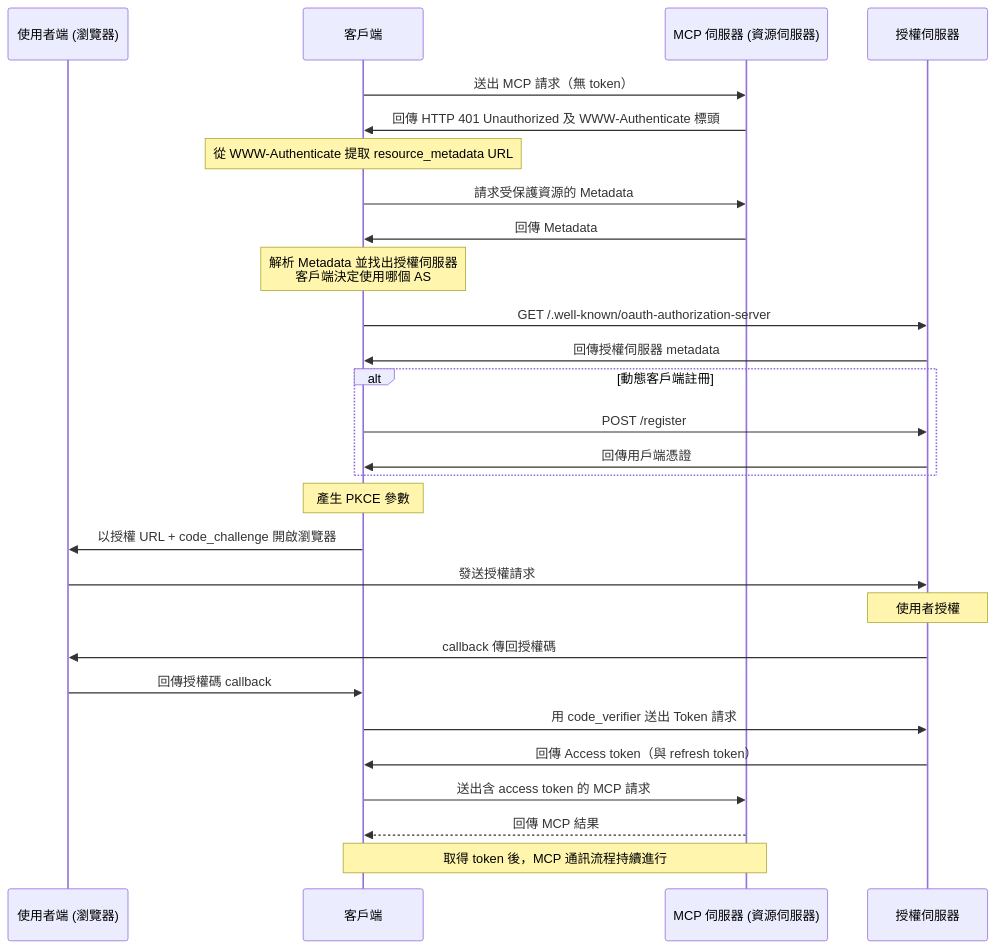
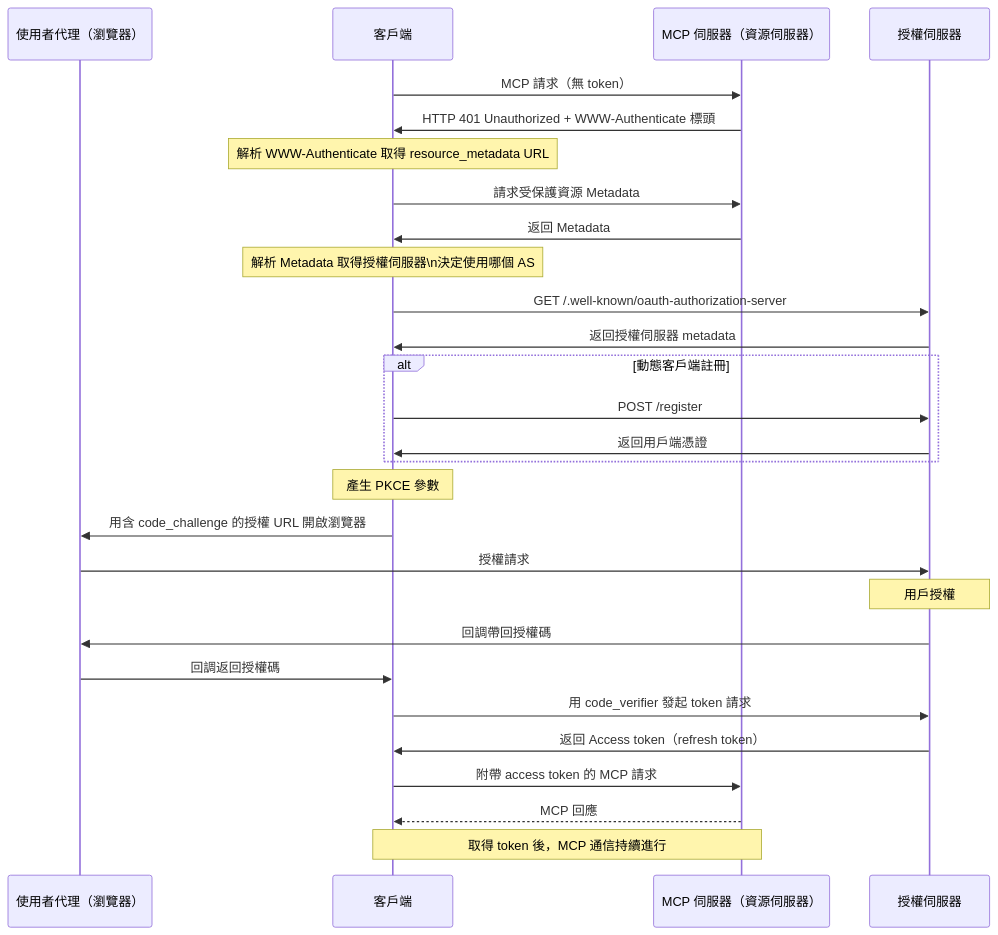
The diagram in README.zh-TW.md (go-training/mcp-workshop), drawn with Mermaid before and after one commit. The commit also changed other lines of this file and 1 other file, not shown here.

````diff
--- a/README.zh-TW.md
+++ b/README.zh-TW.md
@@ -148,36 +137,36 @@
 ```mermaid
 sequenceDiagram
-    participant B as 使用者端 (瀏覽器)
+    participant B as 使用者代理（瀏覽器）
     participant C as 客戶端
-    participant M as MCP 伺服器 (資源伺服器)
+    participant M as MCP 伺服器（資源伺服器）
     participant A as 授權伺服器
 
-    C->>M: 送出 MCP 請求（無 token）
-    M->>C: 回傳 HTTP 401 Unauthorized 及 WWW-Authenticate 標頭
-    Note over C: 從 WWW-Authenticate 提取 resource_metadata URL
+    C->>M: MCP 請求（無 token）
+    M->>C: HTTP 401 Unauthorized + WWW-Authenticate 標頭
+    Note over C: 解析 WWW-Authenticate 取得 resource_metadata URL
 
-    C->>M: 請求受保護資源的 Metadata
-    M->>C: 回傳 Metadata
+    C->>M: 請求受保護資源 Metadata
+    M->>C: 返回 Metadata
 
-    Note over C: 解析 Metadata 並找出授權伺服器<br/>客戶端決定使用哪個 AS
+    Note over C: 解析 Metadata 取得授權伺服器\n決定使用哪個 AS
 
     C->>A: GET /.well-known/oauth-authorization-server
-    A->>C: 回傳授權伺服器 metadata
+    A->>C: 返回授權伺服器 metadata
 
     alt 動態客戶端註冊
         C->>A: POST /register
-        A->>C: 回傳用戶端憑證
+        A->>C: 返回用戶端憑證
     end
 
     Note over C: 產生 PKCE 參數
-    C->>B: 以授權 URL + code_challenge 開啟瀏覽器
-    B->>A: 發送授權請求
-    Note over A: 使用者授權
-    A->>B: callback 傳回授權碼
-    B->>C: 回傳授權碼 callback
-    C->>A: 用 code_verifier 送出 Token 請求
-    A->>C: 回傳 Access token（與 refresh token）
-    C->>M: 送出含 access token 的 MCP 請求
-    M-->>C: 回傳 MCP 結果
-    Note over C,M: 取得 token 後，MCP 通訊流程持續進行
+    C->>B: 用含 code_challenge 的授權 URL 開啟瀏覽器
+    B->>A: 授權請求
+    Note over A: 用戶授權
+    A->>B: 回調帶回授權碼
+    B->>C: 回調返回授權碼
+    C->>A: 用 code_verifier 發起 token 請求
+    A->>C: 返回 Access token（refresh token）
+    C->>M: 附帶 access token 的 MCP 請求
+    M-->>C: MCP 回應
+    Note over C,M: 取得 token 後，MCP 通信持續進行
 ```
````
